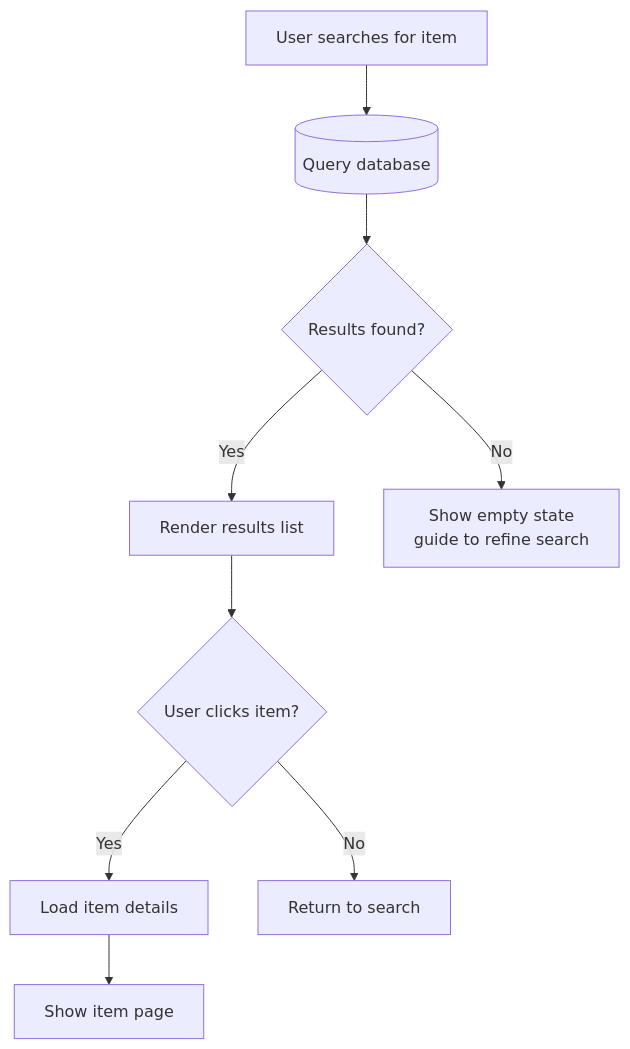
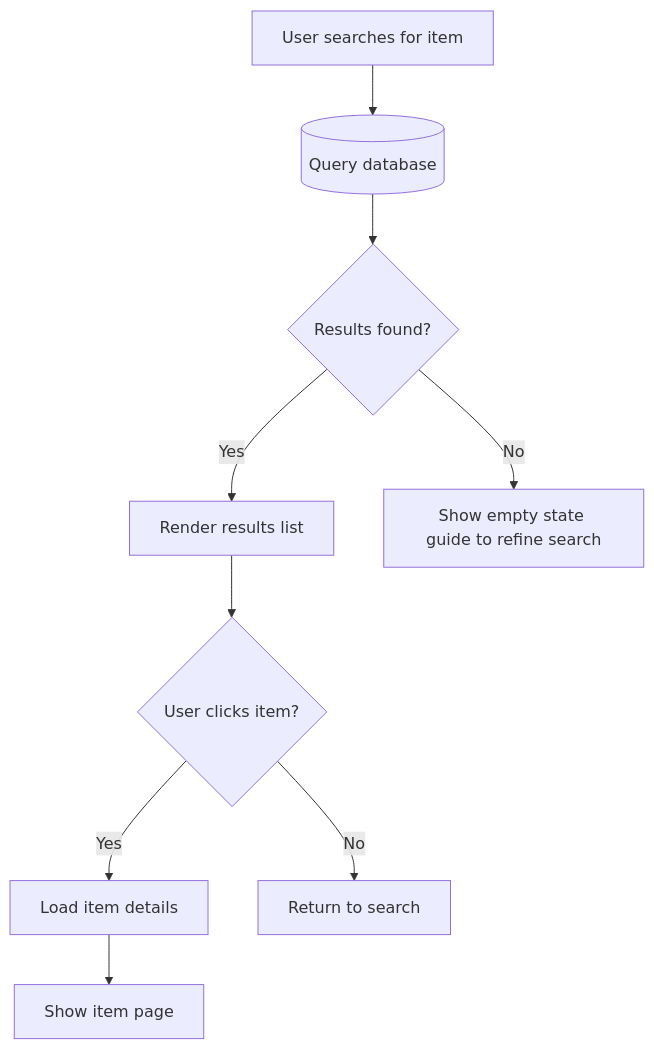
The fourth of 4 diagrams in create-prd/assets/mermaid-snippets.md (sacrtap/Opc_Kit), drawn with Mermaid before and after one commit. The commit also changed other lines of this file and 5 other files, not shown here.

````diff
--- a/create-prd/assets/mermaid-snippets.md
+++ b/create-prd/assets/mermaid-snippets.md
@@ -47,11 +47,11 @@
 ```mermaid
 flowchart TD
     A[User searches for item] --> B[(Query database)]
     B --> C{Results found?}
     C -->|Yes| D[Render results list]
-    C -->|No| E[Show empty state<br/>guide to refine search]
+    C -->|No| E[Show empty state guide to refine search]
     D --> F{User clicks item?}
     F -->|Yes| G[Load item details]
     F -->|No| H[Return to search]
     G --> I[Show item page]
 ```
````
